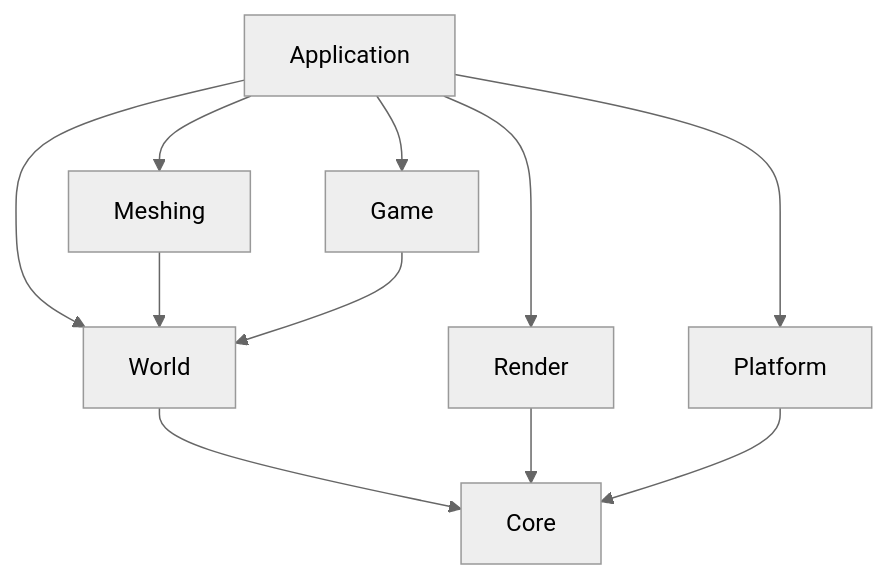
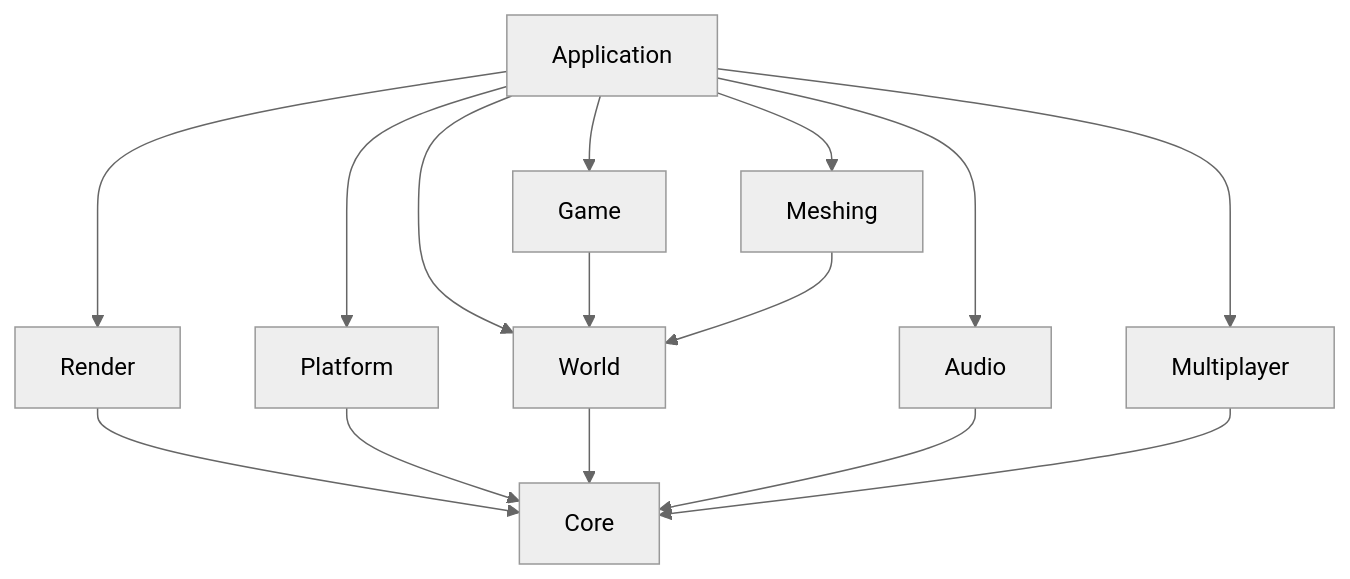
Before and after one commit to marcusthuvesen/VibeCraft: the diagram in README.md, drawn with Mermaid (neutral theme). The commit also changed other lines of this file and 163 other files, not shown here.

````diff
--- a/README.md
+++ b/README.md
@@ -59,13 +116,17 @@
 ```mermaid
 flowchart TD
     App[Application] --> Platform
     App --> Render
     App --> Game
     App --> World
     App --> Meshing
-    World --> Core
+    App --> Audio
+    App --> Multiplayer
+    Game --> World
     Meshing --> World
     Render --> Core
     Platform --> Core
-    Game --> World
+    World --> Core
+    Audio --> Core
+    Multiplayer --> Core
 ```
````
